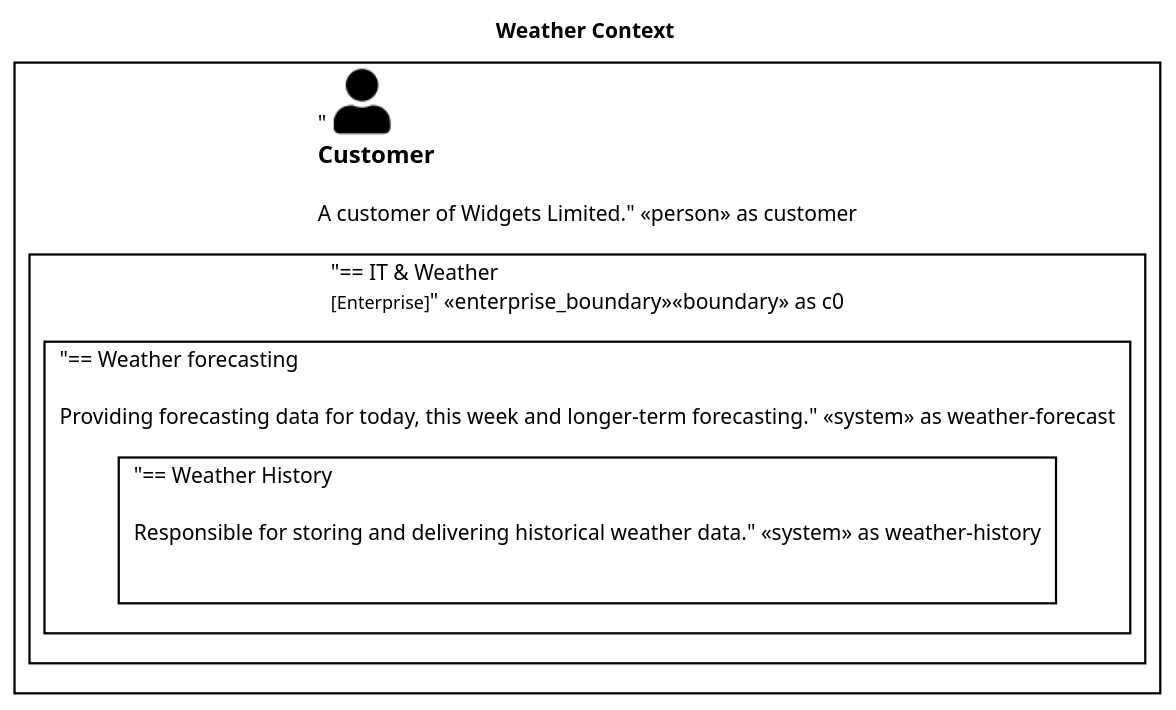
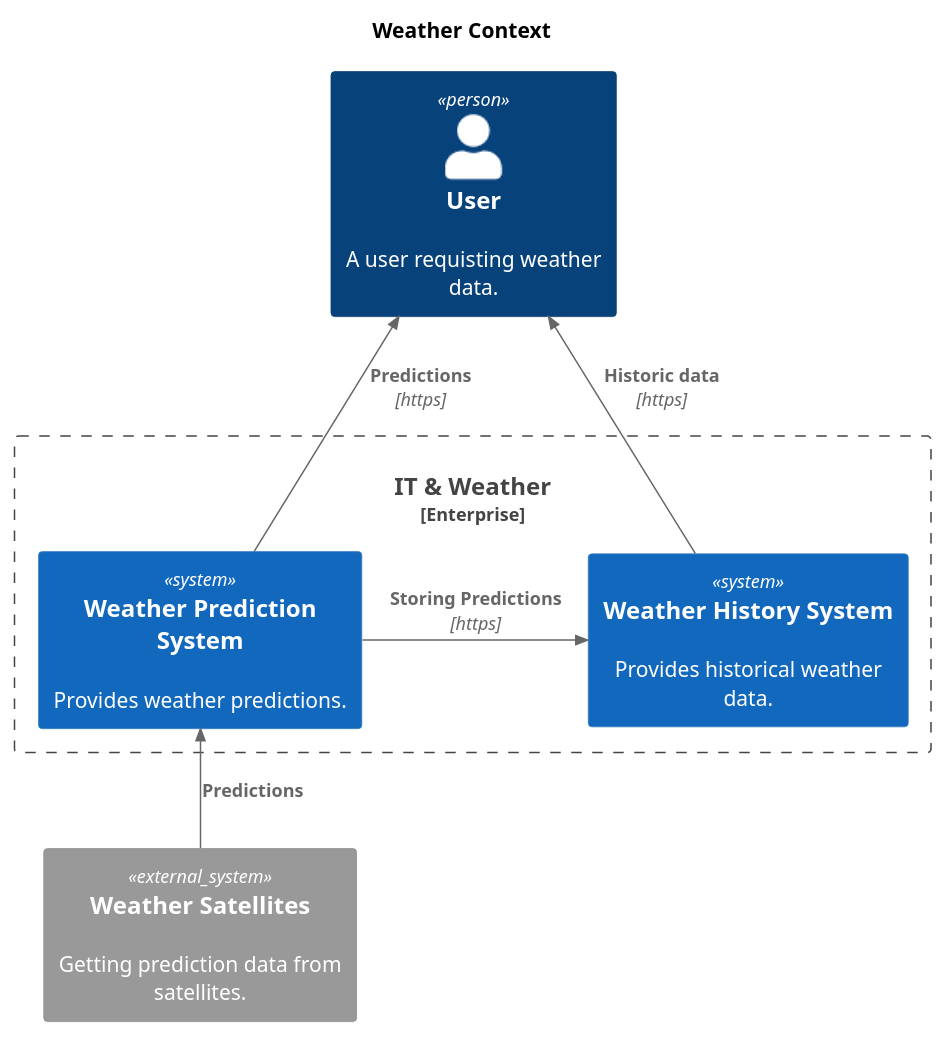
One commit to jacobduijzer/BackstageDemoProjects changed the diagram in domain/weather/docs/overview.md. Above: the diagram before and after it, drawn with PlantUML. The commit also changed other lines of this file, not shown here.

````diff
--- a/domain/weather/docs/overview.md
+++ b/domain/weather/docs/overview.md
@@ -9,17 +3,22 @@
 ```plantuml
 @startuml
 !include https://raw.githubusercontent.com/plantuml-stdlib/C4-PlantUML/master/C4_Context.puml
 
 title Weather Context
 
-Person(customer, "Customer", "A customer of Widgets Limited.")
+Person(user, "User", "A user requisting weather data.")
 
 Enterprise_Boundary(c0, "IT & Weather") {
+    System(weather_prediction, "Weather Prediction System", "Provides weather predictions.")
+    System(weather_history, "Weather History System", "Provides historical weather data.")
+}
 
-    System(weather-forecast, "Weather forecasting", "Providing forecasting data for today, this week and longer-term forecasting.")
+System_Ext(satellite, "Weather Satellites", "Getting prediction data from satellites.")
 
-    System(weather-history, "Weather History", "Responsible for storing and delivering historical weather data.")
-}
+Rel_Up(satellite, weather_prediction, "Predictions", "")
+Rel_Back(user, weather_prediction, "Predictions", "https")
+Rel_Back(user, weather_history, "Historic data", "https")
+Rel_R(weather_prediction, weather_history, "Storing Predictions", "https")
 
 @enduml
 ```
````
